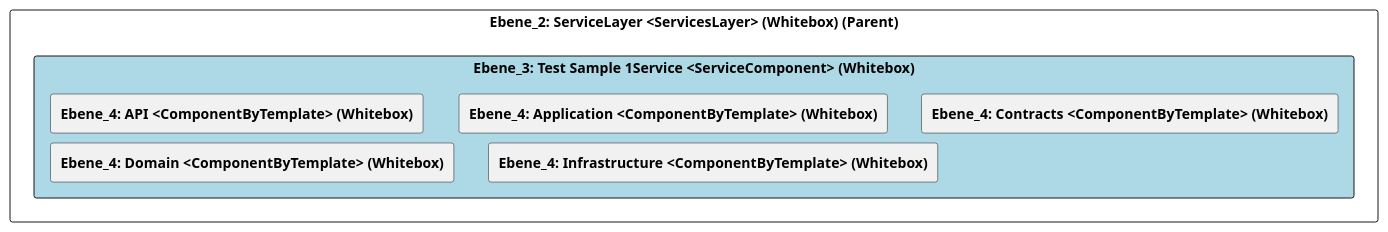
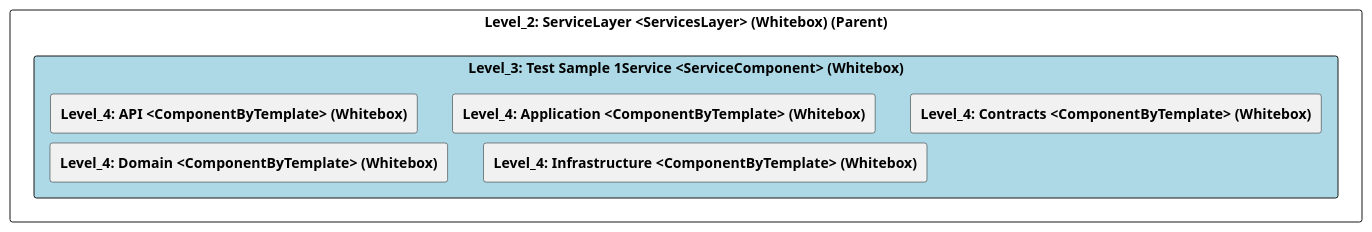
Before and after one commit to marcozwyssig/cleon: the diagram in src/cleon.architecturemethods.arc42.sample/doc/cleon_architecturemethods_arc42_sample_software_microservice/adoc/en/05_building_block_view/microservicesample/servicelayer/test_sample_1service/level_3_test sample 1service.adoc, drawn with PlantUML. The commit also changed other lines of this file and 83 other files, not shown here.

```diff
--- a/src/cleon.architecturemethods.arc42.sample/doc/cleon_architecturemethods_arc42_sample_software_microservice/adoc/en/05_building_block_view/microservicesample/servicelayer/test_sample_1service/level_3_test sample 1service.adoc
+++ b/src/cleon.architecturemethods.arc42.sample/doc/cleon_architecturemethods_arc42_sample_software_microservice/adoc/en/05_building_block_view/microservicesample/servicelayer/test_sample_1service/level_3_test sample 1service.adoc
@@ -20,28 +20,28 @@
-[plantuml, Ebene_3: Test Sample 1Service <ServiceComponent> (Whitebox)BlockOverview, format="svg"]
+[plantuml, Level_3: Test Sample 1Service <ServiceComponent> (Whitebox)BlockOverview, format="svg"]
 ----
-@startuml Ebene_3: Test Sample 1Service <ServiceComponent> (Whitebox)BuildingBlockOverview
+@startuml Level_3: Test Sample 1Service <ServiceComponent> (Whitebox)BuildingBlockOverview
 
 skinparam ranksep 10
 skinparam componentStyle rectangle
 skinparam shadowing false
 skinparam arrowColor lightblue
 skinparam arrowThickness 1.2
 skinparam rectangle {
   BackgroundColor White
   BorderColor #333
   RoundCorner 10
 }
 top to bottom direction
 
-component "Ebene_2: ServiceLayer <ServicesLayer> (Whitebox) (Parent)" {
-    component "Ebene_3: Test Sample 1Service <ServiceComponent> (Whitebox)" #lightblue {
-        [**Ebene_4: API <ComponentByTemplate> (Whitebox)**] as 1A9C93DC_EA44_11F0_ABD2_39998C8C9596
-        [**Ebene_4: Application <ComponentByTemplate> (Whitebox)**] as 1A9C93D8_EA44_11F0_ABD2_39998C8C9596
-        [**Ebene_4: Contracts <ComponentByTemplate> (Whitebox)**] as 1A9C93D9_EA44_11F0_ABD2_39998C8C9596
-        [**Ebene_4: Domain <ComponentByTemplate> (Whitebox)**] as 1A9C93DA_EA44_11F0_ABD2_39998C8C9596
-        [**Ebene_4: Infrastructure <ComponentByTemplate> (Whitebox)**] as 1A9C93DB_EA44_11F0_ABD2_39998C8C9596
+component "Level_2: ServiceLayer <ServicesLayer> (Whitebox) (Parent)" {
+    component "Level_3: Test Sample 1Service <ServiceComponent> (Whitebox)" #lightblue {
+        [**Level_4: API <ComponentByTemplate> (Whitebox)**] as 1A9C93DC_EA44_11F0_ABD2_39998C8C9596
+        [**Level_4: Application <ComponentByTemplate> (Whitebox)**] as 1A9C93D8_EA44_11F0_ABD2_39998C8C9596
+        [**Level_4: Contracts <ComponentByTemplate> (Whitebox)**] as 1A9C93D9_EA44_11F0_ABD2_39998C8C9596
+        [**Level_4: Domain <ComponentByTemplate> (Whitebox)**] as 1A9C93DA_EA44_11F0_ABD2_39998C8C9596
+        [**Level_4: Infrastructure <ComponentByTemplate> (Whitebox)**] as 1A9C93DB_EA44_11F0_ABD2_39998C8C9596
     }
 }
 
 @enduml
 ----
```
